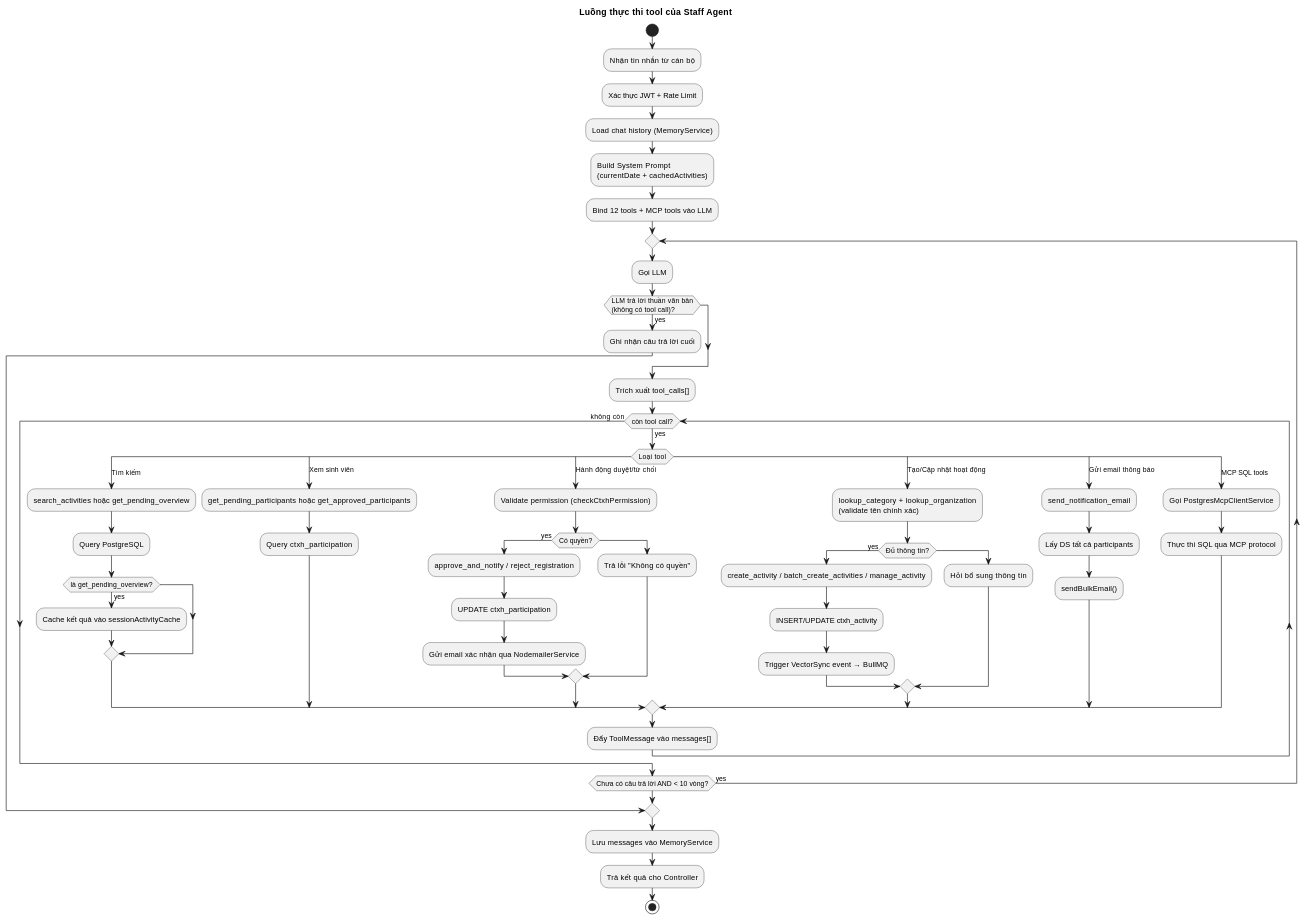
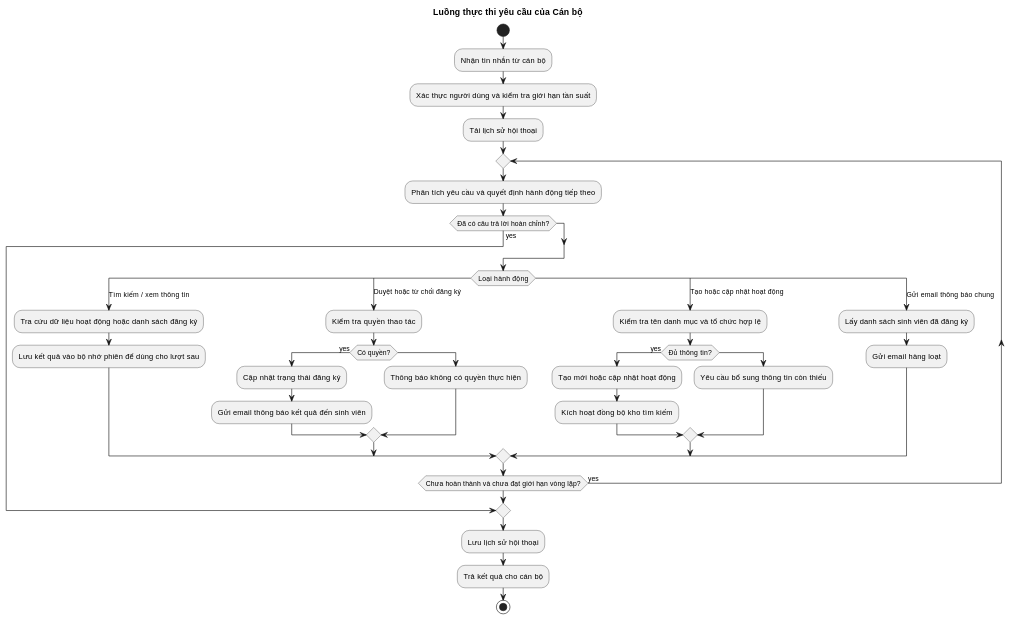
The fifth of 10 diagrams in mechanism/Duy/chatbot/CHATBOT_FLOW_DOCUMENTATION.md (Suyq017/doanhoi-portal), drawn with PlantUML before and after one commit. The commit also changed other lines of this file and 43 other files, not shown here.

````diff
--- a/mechanism/Duy/chatbot/CHATBOT_FLOW_DOCUMENTATION.md
+++ b/mechanism/Duy/chatbot/CHATBOT_FLOW_DOCUMENTATION.md
@@ -517,72 +321,51 @@
 ```plantuml
 @startuml Staff_Tool_Activity
-title Luồng thực thi tool của Staff Agent
+title Luồng thực thi yêu cầu của Cán bộ
 
 start
 
 :Nhận tin nhắn từ cán bộ;
-:Xác thực JWT + Rate Limit;
-:Load chat history (MemoryService);
-:Build System Prompt\n(currentDate + cachedActivities);
-:Bind 12 tools + MCP tools vào LLM;
+:Xác thực người dùng và kiểm tra giới hạn tần suất;
+:Tải lịch sử hội thoại;
 
 repeat
-  :Gọi LLM;
-  
-  if (LLM trả lời thuần văn bản\n(không có tool call)?) then (yes)
-    :Ghi nhận câu trả lời cuối;
+  :Phân tích yêu cầu và quyết định hành động tiếp theo;
+
+  if (Đã có câu trả lời hoàn chỉnh?) then (yes)
     break
   endif
-  
-  :Trích xuất tool_calls[];
-  
-  while (còn tool call?) is (yes)
-    switch (Loại tool)
-    case (Tìm kiếm)
-      :search_activities hoặc get_pending_overview;
-      :Query PostgreSQL;
-      if (là get_pending_overview?) then (yes)
-        :Cache kết quả vào sessionActivityCache;
-      endif
-    case (Xem sinh viên)
-      :get_pending_participants hoặc get_approved_participants;
-      :Query ctxh_participation;
-    case (Hành động duyệt/từ chối)
-      :Validate permission (checkCtxhPermission);
-      if (Có quyền?) then (yes)
-        :approve_and_notify / reject_registration;
-        :UPDATE ctxh_participation;
-        :Gửi email xác nhận qua NodemailerService;
-      else
-        :Trả lỗi "Không có quyền";
-      endif
-    case (Tạo/Cập nhật hoạt động)
-      :lookup_category + lookup_organization\n(validate tên chính xác);
-      if (Đủ thông tin?) then (yes)
-        :create_activity / batch_create_activities / manage_activity;
-        :INSERT/UPDATE ctxh_activity;
-        :Trigger VectorSync event → BullMQ;
-      else
-        :Hỏi bổ sung thông tin;
-      endif
-    case (Gửi email thông báo)
-      :send_notification_email;
-      :Lấy DS tất cả participants;
-      :sendBulkEmail();
-    case (MCP SQL tools)
-      :Gọi PostgresMcpClientService;
-      :Thực thi SQL qua MCP protocol;
-    endswitch
-    
-    :Đẩy ToolMessage vào messages[];
-  endwhile (không còn)
 
-repeat while (Chưa có câu trả lời AND < 10 vòng?) is (yes)
+  switch (Loại hành động)
+  case (Tìm kiếm / xem thông tin)
+    :Tra cứu dữ liệu hoạt động hoặc danh sách đăng ký;
+    :Lưu kết quả vào bộ nhớ phiên để dùng cho lượt sau;
+  case (Duyệt hoặc từ chối đăng ký)
+    :Kiểm tra quyền thao tác;
+    if (Có quyền?) then (yes)
+      :Cập nhật trạng thái đăng ký;
+      :Gửi email thông báo kết quả đến sinh viên;
+    else
+      :Thông báo không có quyền thực hiện;
+    endif
+  case (Tạo hoặc cập nhật hoạt động)
+    :Kiểm tra tên danh mục và tổ chức hợp lệ;
+    if (Đủ thông tin?) then (yes)
+      :Tạo mới hoặc cập nhật hoạt động;
+      :Kích hoạt đồng bộ kho tìm kiếm;
+    else
+      :Yêu cầu bổ sung thông tin còn thiếu;
+    endif
+  case (Gửi email thông báo chung)
+    :Lấy danh sách sinh viên đã đăng ký;
+    :Gửi email hàng loạt;
+  endswitch
 
-:Lưu messages vào MemoryService;
-:Trả kết quả cho Controller;
+repeat while (Chưa hoàn thành và chưa đạt giới hạn vòng lặp?) is (yes)
+
+:Lưu lịch sử hội thoại;
+:Trả kết quả cho cán bộ;
 
 stop
 
 @enduml
 ```
````
